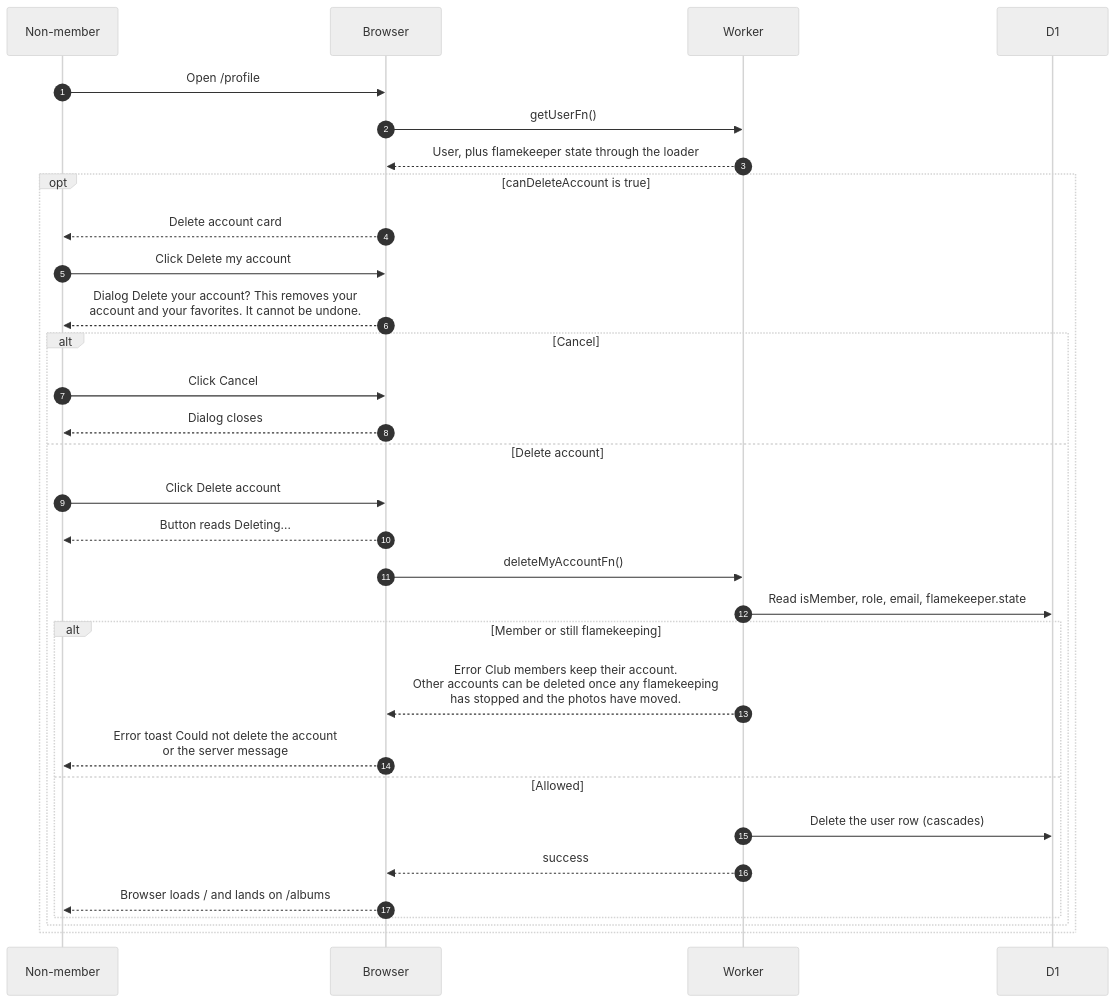
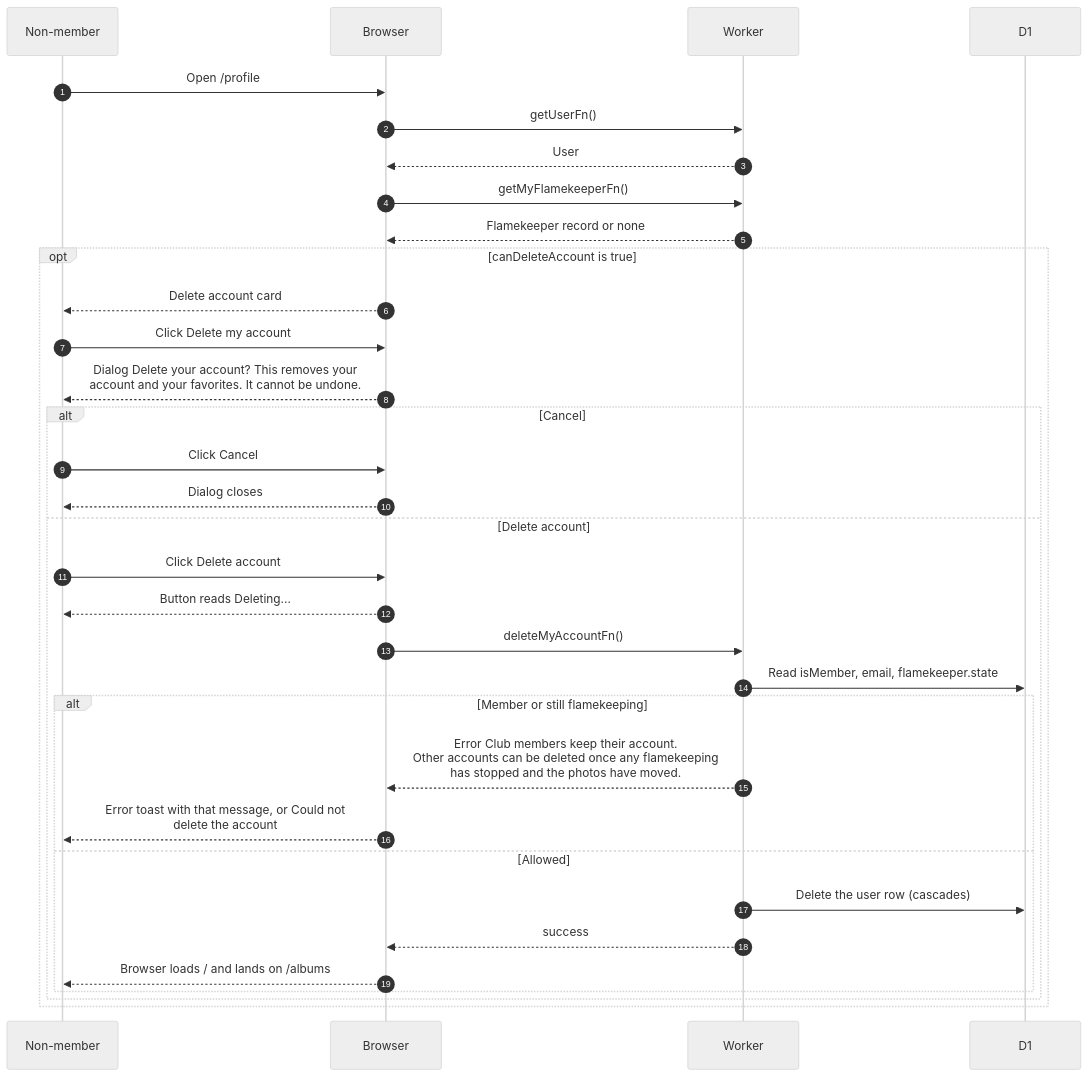
Before and after one commit to sagyzdop/meriksirat: the diagram in docs/scenarios/account/delete-account.md, drawn with Mermaid (neutral theme). The commit also changed other lines of this file and 12 other files, not shown here.

Commit message:
docs(scenarios): verify account diagrams against the code

````diff
--- a/docs/scenarios/account/delete-account.md
+++ b/docs/scenarios/account/delete-account.md
@@ -25,33 +29,35 @@
 ```mermaid
 sequenceDiagram
     autonumber
     participant P as Non-member
     participant B as Browser
     participant W as Worker
     participant D as D1
     P->>B: Open /profile
     B->>W: getUserFn()
-    W-->>B: User, plus flamekeeper state through the loader
+    W-->>B: User
+    B->>W: getMyFlamekeeperFn()
+    W-->>B: Flamekeeper record or none
     opt canDeleteAccount is true
         B-->>P: Delete account card
         P->>B: Click Delete my account
         B-->>P: Dialog Delete your account? This removes your<br/>account and your favorites. It cannot be undone.
         alt Cancel
             P->>B: Click Cancel
             B-->>P: Dialog closes
         else Delete account
             P->>B: Click Delete account
             B-->>P: Button reads Deleting...
             B->>W: deleteMyAccountFn()
-            W->>D: Read isMember, role, email, flamekeeper.state
+            W->>D: Read isMember, email, flamekeeper.state
             alt Member or still flamekeeping
                 W-->>B: Error Club members keep their account.<br/>Other accounts can be deleted once any flamekeeping<br/>has stopped and the photos have moved.
-                B-->>P: Error toast Could not delete the account<br/>or the server message
+                B-->>P: Error toast with that message, or Could not<br/>delete the account
             else Allowed
                 W->>D: Delete the user row (cascades)
                 W-->>B: success
                 B-->>P: Browser loads / and lands on /albums
             end
         end
     end
 ```
````
